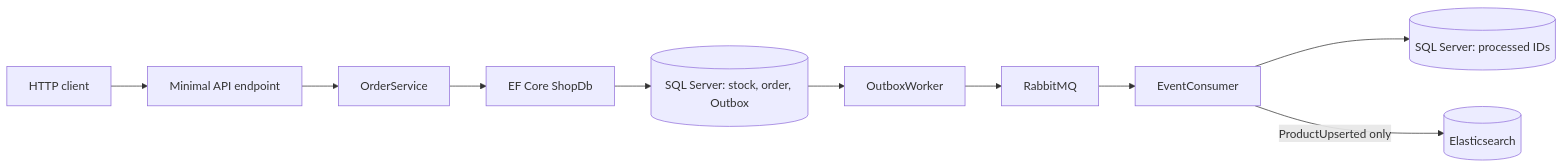
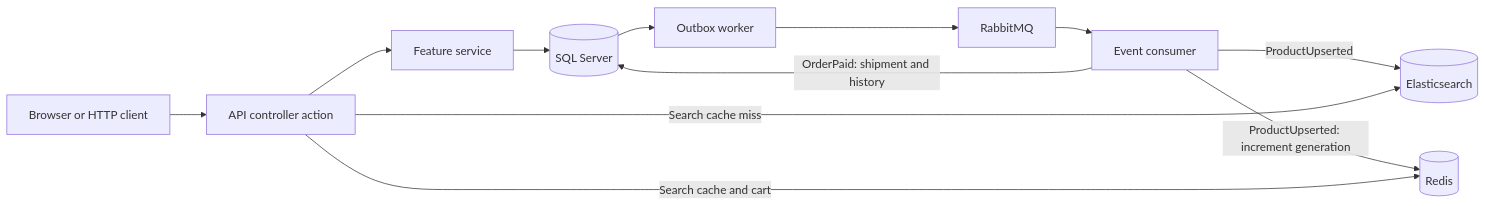
The diagram in docs/architecture.md (turingzhi/ecommerce), drawn with Mermaid before and after one commit. The commit also changed other lines of this file and 361 other files, not shown here.

````diff
--- a/docs/architecture.md
+++ b/docs/architecture.md
@@ -13,12 +25,14 @@
 ```mermaid
 flowchart LR
-    Client[HTTP client] --> Route[Minimal API endpoint]
-    Route --> Service[OrderService]
-    Service --> Db[EF Core ShopDb]
-    Db --> SQL[(SQL Server: stock, order, Outbox)]
-    SQL --> Worker[OutboxWorker]
-    Worker --> Broker[RabbitMQ]
-    Broker --> Consumer[EventConsumer]
-    Consumer --> Processed[(SQL Server: processed IDs)]
-    Consumer -->|ProductUpserted only| Search[(Elasticsearch)]
+    Client[Browser or HTTP client] --> Endpoint[API controller action]
+    Endpoint --> Service[Feature service]
+    Service --> SQL[(SQL Server)]
+    SQL --> Outbox[Outbox worker]
+    Outbox --> Rabbit[RabbitMQ]
+    Rabbit --> Consumer[Event consumer]
+    Consumer -->|OrderPaid: shipment and history| SQL
+    Consumer -->|ProductUpserted| Search[(Elasticsearch)]
+    Consumer -->|ProductUpserted: increment generation| Redis[(Redis)]
+    Endpoint -->|Search cache and cart| Redis
+    Endpoint -->|Search cache miss| Search
 ```
````
